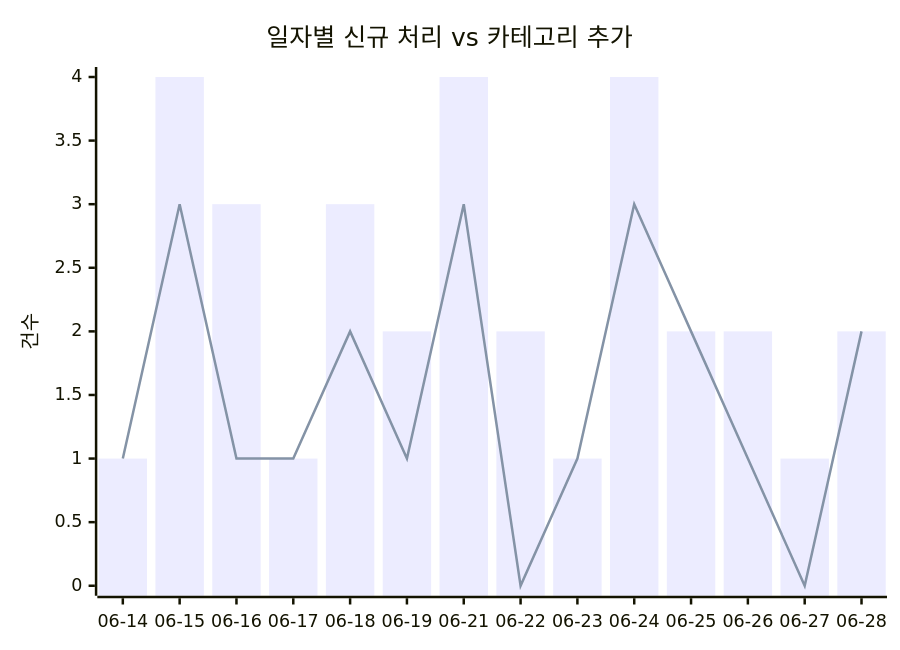
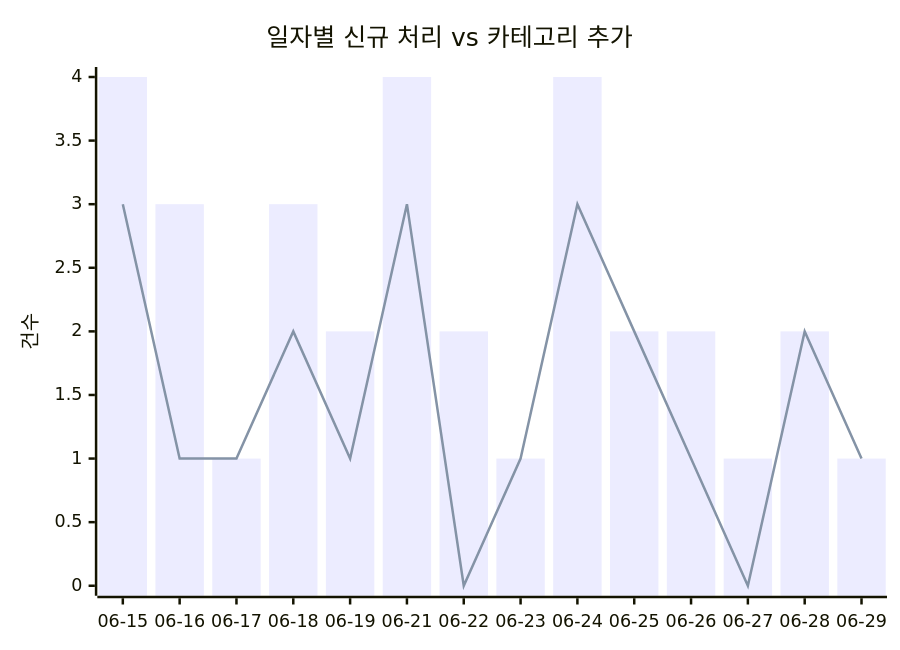
Before and after one commit to J-nowcow/awesome-korean-agent-skills: the first of 2 diagrams in docs/trends.md, drawn with Mermaid. The commit also changed other lines of this file and 3 other files, not shown here.

````diff
--- a/docs/trends.md
+++ b/docs/trends.md
@@ -32,8 +32,8 @@
 ```mermaid
 xychart-beta
     title "일자별 신규 처리 vs 카테고리 추가"
-    x-axis ["06-14","06-15","06-16","06-17","06-18","06-19","06-21","06-22","06-23","06-24","06-25","06-26","06-27","06-28"]
+    x-axis ["06-15","06-16","06-17","06-18","06-19","06-21","06-22","06-23","06-24","06-25","06-26","06-27","06-28","06-29"]
     y-axis "건수"
-    bar [1,4,3,1,3,2,4,2,1,4,2,2,1,2]
-    line [1,3,1,1,2,1,3,0,1,3,2,1,0,2]
+    bar [4,3,1,3,2,4,2,1,4,2,2,1,2,1]
+    line [3,1,1,2,1,3,0,1,3,2,1,0,2,1]
 ```
````
